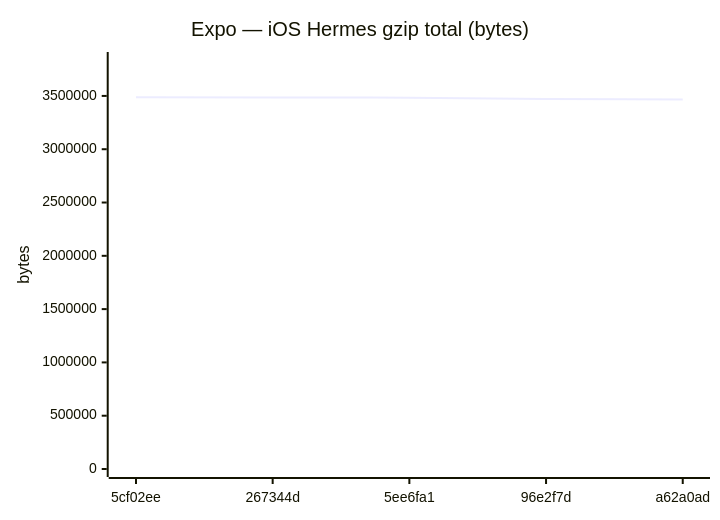
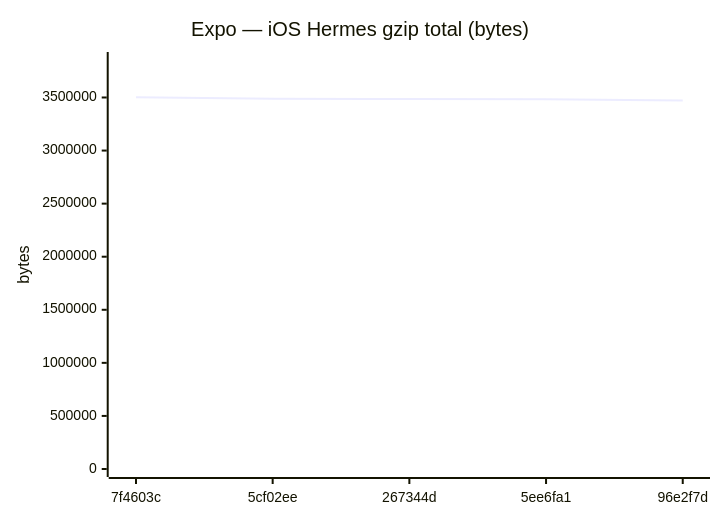
Diagram 12 of 18 in benchmarks/compare.md (Metaheurist/Rianell), drawn with Mermaid before and after one commit. The commit also changed other lines of this file and 11 other files, not shown here.

````diff
--- a/benchmarks/compare.md
+++ b/benchmarks/compare.md
@@ -179,7 +179,7 @@
 ```mermaid
 xychart-beta
     title "Expo — iOS Hermes gzip total (bytes)"
-    x-axis ["5cf02ee", "267344d", "5ee6fa1", "96e2f7d", "a62a0ad"]
-    y-axis "bytes" 0 --> 3837082
-    line [3488256, 3486228, 3483393, 3471867, 3466755]
+    x-axis ["7f4603c", "5cf02ee", "267344d", "5ee6fa1", "96e2f7d"]
+    y-axis "bytes" 0 --> 3853231
+    line [3502937, 3488256, 3486228, 3483393, 3471867]
 ```
````
